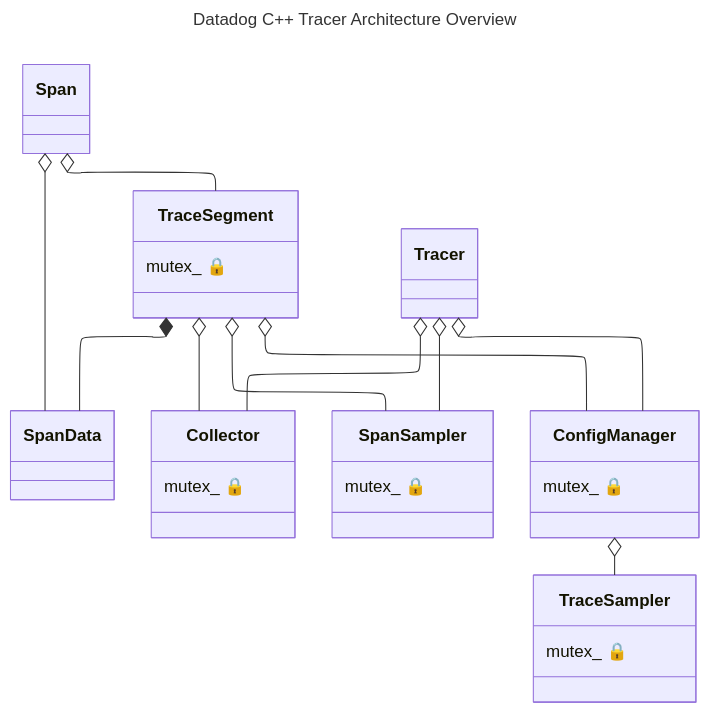
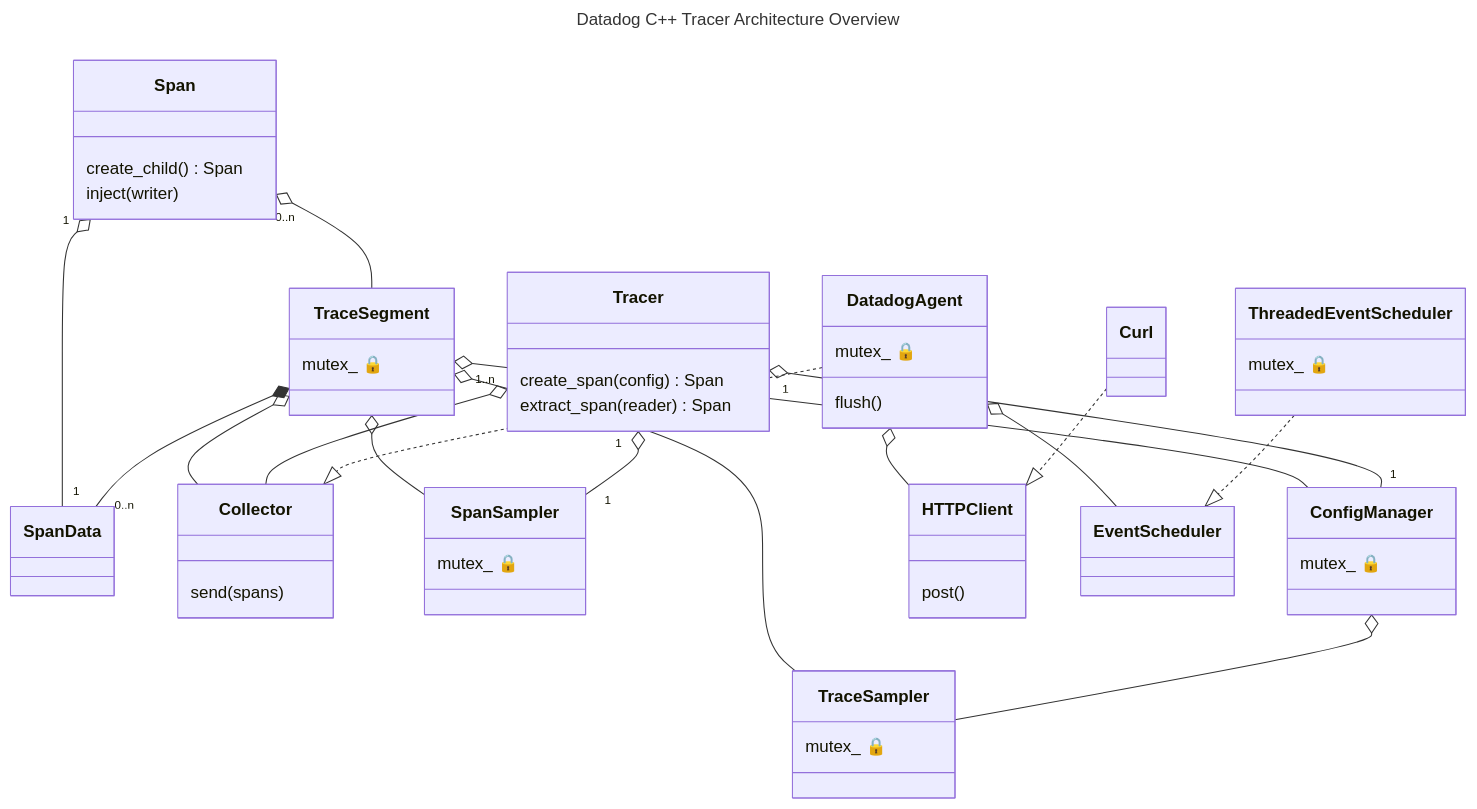
One commit to DataDog/dd-trace-cpp changed the first of 2 diagrams in docs/design.md. Above: the diagram before and after it, drawn with Mermaid.

Commit message:
Complete class diagram

````diff
--- a/docs/design.md
+++ b/docs/design.md
@@ -9,43 +9,71 @@
 ```mermaid
 ---
 title: Datadog C++ Tracer Architecture Overview
-config:
-  layout: elk
 ---
 classDiagram
-  class Span
-  Span o-- TraceSegment
-  Span o-- SpanData
+  class Span {
+    create_child() Span
+    inject(writer)
+  }
+  Span "0..n" o-- TraceSegment
+  Span "1" o-- "1" SpanData
 
   class SpanData
 
   class TraceSegment {
     mutex_ 🔒
   }
-  TraceSegment *-- SpanData
+  TraceSegment *-- "0..n" SpanData
   TraceSegment o-- Collector
   TraceSegment o-- SpanSampler
   TraceSegment o-- ConfigManager
+  TraceSegment o-- TraceSampler
 
-  class Tracer
-  Tracer o-- Collector
-  Tracer o-- SpanSampler
-  Tracer o-- ConfigManager
+  class Tracer {
+    create_span(config) Span
+    extract_span(reader) Span
+  }
+  Tracer "1..n" o-- Collector
+  Tracer "1" o-- "1" SpanSampler
+  Tracer "1" o-- "1" ConfigManager
 
   class SpanSampler {
     mutex_ 🔒
   }
 
   class Collector {
+    send(spans)
+  }
+
+  class DatadogAgent {
     mutex_ 🔒
+    flush()
   }
+  DatadogAgent ..|> Collector
+  DatadogAgent o-- HTTPClient
+  DatadogAgent o-- EventScheduler
 
   class ConfigManager {
     mutex_ 🔒
   }
   ConfigManager o-- TraceSampler
 
   class TraceSampler {
     mutex_ 🔒
   }
+
+  class HTTPClient {
+    post()
+  }
+
+  class Curl
+  Curl ..|> HTTPClient
+
+  class EventScheduler
+
+  class ThreadedEventScheduler {
+    mutex_ 🔒
+  }
+  ThreadedEventScheduler ..|> EventScheduler
+
 ```
````
